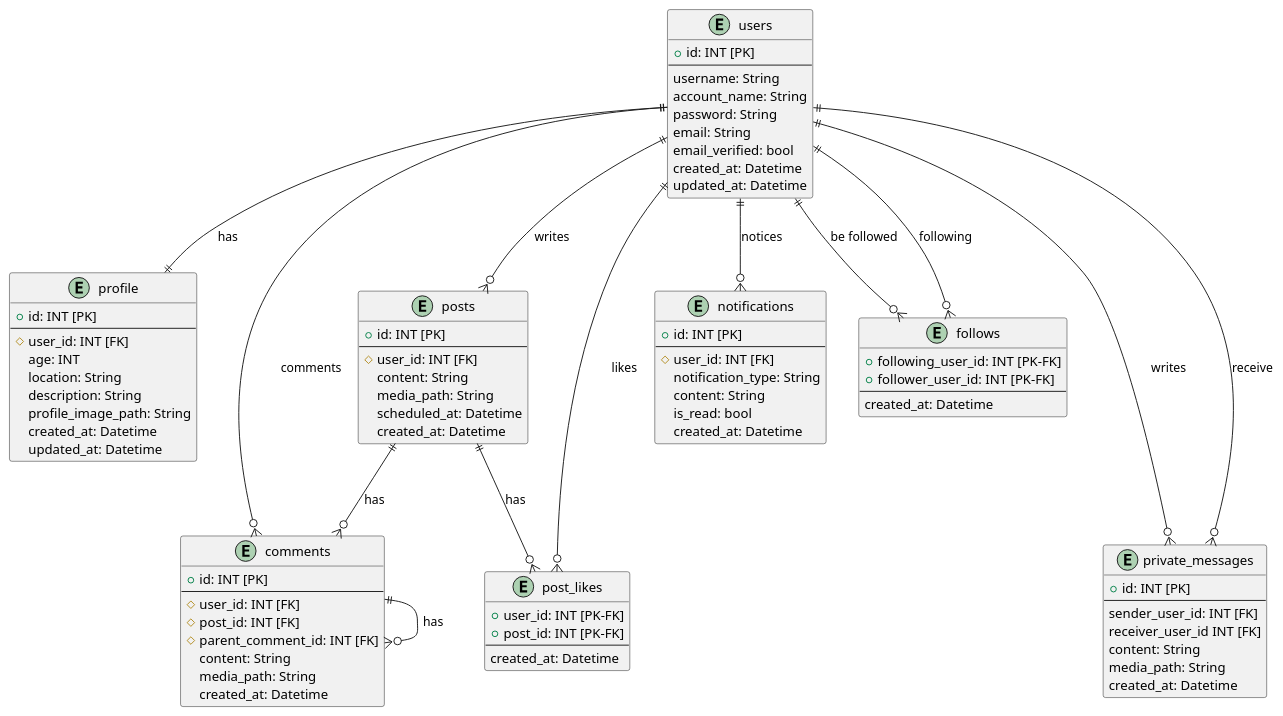
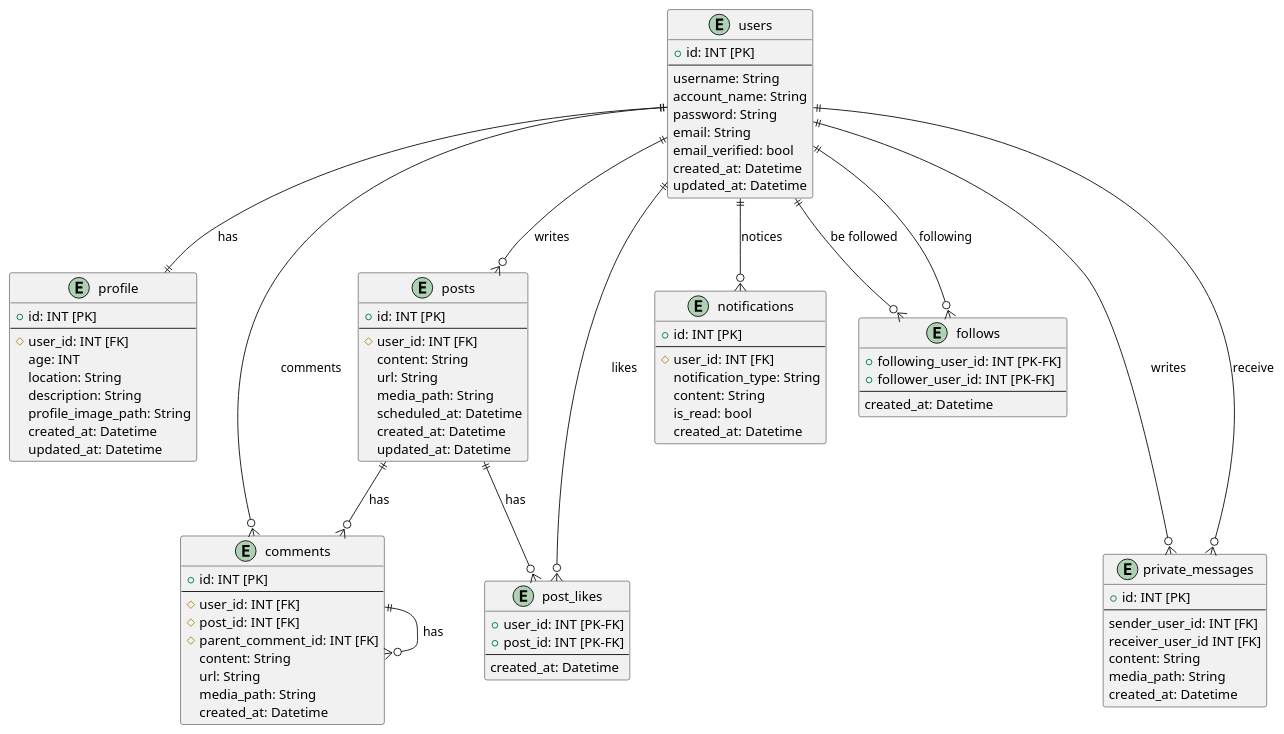
Before and after one commit to AkinoJoey/SocialNetworkingService: the diagram in diagrams/er/er.pu, drawn with PlantUML.

Commit message:
postsとcommentsを修正

```diff
--- a/diagrams/er/er.pu
+++ b/diagrams/er/er.pu
@@ -1,96 +1,99 @@
 @startuml er
 
 Entity users{
     + id: INT [PK]
     --
     username: String
     account_name: String
     password: String
     email: String
     email_verified: bool
     created_at: Datetime
     updated_at: Datetime
 }
 
 Entity profile{
     + id: INT [PK]
     --
     # user_id: INT [FK]
     age: INT
     location: String
     description: String
     profile_image_path: String
     created_at: Datetime
     updated_at: Datetime
 }
 
 Entity posts{
     + id: INT [PK]
     --
     # user_id: INT [FK]
     content: String
+    url: String
     media_path: String
     scheduled_at: Datetime
     created_at: Datetime
+    updated_at: Datetime
 }
 
 Entity comments{
     + id: INT [PK]
     --
     # user_id: INT [FK]
     # post_id: INT [FK]
     # parent_comment_id: INT [FK]
     content: String
+    url: String
     media_path: String
     created_at: Datetime
 }
 
 Entity post_likes{
     + user_id: INT [PK-FK]
     + post_id: INT [PK-FK]
     --
     created_at: Datetime
 }
 
 Entity notifications{
     + id: INT [PK]
     --
     # user_id: INT [FK]
     notification_type: String
     content: String
     is_read: bool
     created_at: Datetime
 }
 
 Entity follows{
     + following_user_id: INT [PK-FK]
     + follower_user_id: INT [PK-FK]
     --
     created_at: Datetime
 }
 
 Entity private_messages{
     + id: INT [PK]
     --
     sender_user_id: INT [FK]
     receiver_user_id INT [FK]
     content: String
     media_path: String
     created_at: Datetime
 }
 
 
 users ||--o{ posts: writes
 users ||--o{ comments: comments
 posts ||--o{ comments: has
 posts ||--o{ post_likes: has
 comments ||--o{ comments: has
 users ||--o{ follows: following
 users ||--o{ follows: be followed
 users ||---o{ private_messages: writes
 users ||---o{ private_messages: receive
 users ||--o{ notifications: notices
 users ||--o{ post_likes: likes
 users ||--|| profile: has
 
 @enduml
```
